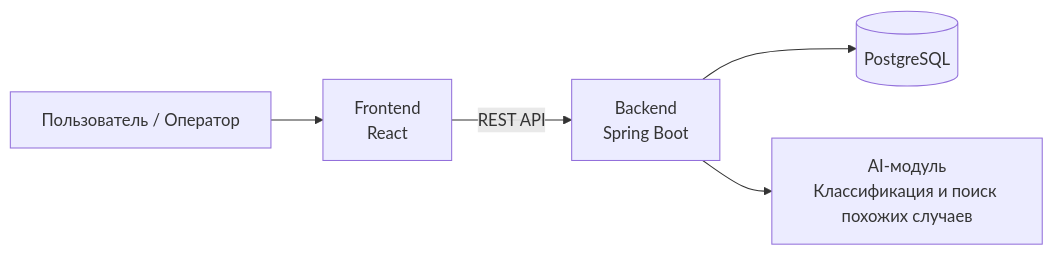
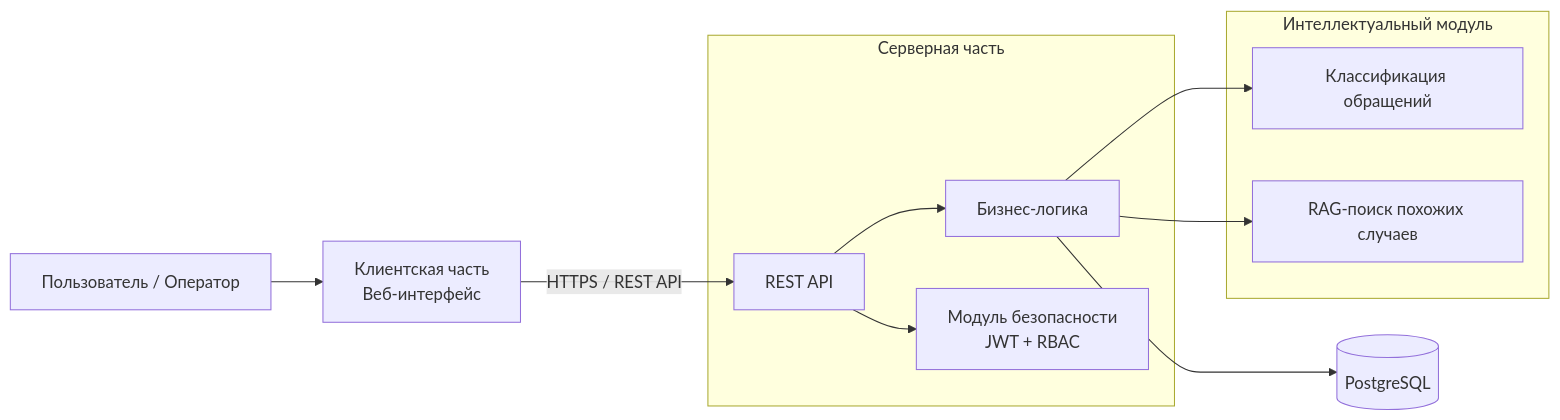
Before and after one commit to lol-kek-help/dip-ii: the diagram in docs/architecture.md, drawn with Mermaid. The commit also changed other lines of this file, not shown here.

````diff
--- a/docs/architecture.md
+++ b/docs/architecture.md
@@ -2,15 +2,30 @@
 ```mermaid
 flowchart LR
 
-  User[Пользователь / Оператор]
+    U[Пользователь / Оператор]
 
-  FE[Frontend<br/>React]
-  BE[Backend<br/>Spring Boot]
-  DB[(PostgreSQL)]
-  AI[AI-модуль<br/>Классификация и поиск похожих случаев]
+    FE[Клиентская часть<br/>Веб-интерфейс]
 
-  User --> FE
-  FE -->|REST API| BE
-  BE --> DB
-  BE --> AI
+    subgraph BE[Серверная часть]
+        API[REST API]
+        BL[Бизнес-логика]
+        SEC[Модуль безопасности<br/>JWT + RBAC]
+    end
+
+    DB[(PostgreSQL)]
+
+    subgraph AI[Интеллектуальный модуль]
+        CLS[Классификация обращений]
+        RAG[RAG-поиск похожих случаев]
+    end
+
+    U --> FE
+    FE -->|HTTPS / REST API| API
+
+    API --> BL
+    API --> SEC
+
+    BL --> DB
+    BL --> CLS
+    BL --> RAG
 ```
````
